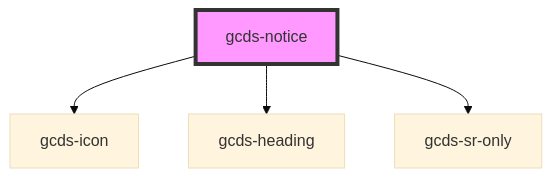
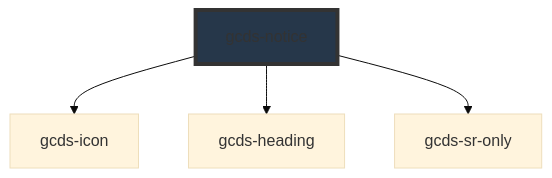
Before and after one commit to cds-snc/gcds-components: the diagram in packages/web/src/components/gcds-notice/readme.md, drawn with Mermaid (base theme). The commit also changed other lines of this file and 44 other files, not shown here.

````diff
--- a/packages/web/src/components/gcds-notice/readme.md
+++ b/packages/web/src/components/gcds-notice/readme.md
@@ -26,7 +33,7 @@
 ```mermaid
 graph TD;
   gcds-notice --> gcds-icon
   gcds-notice --> gcds-heading
   gcds-notice --> gcds-sr-only
-  style gcds-notice fill:#f9f,stroke:#333,stroke-width:4px
+  style gcds-notice fill:#26374a,stroke:#333,stroke-width:4px
 ```
````
